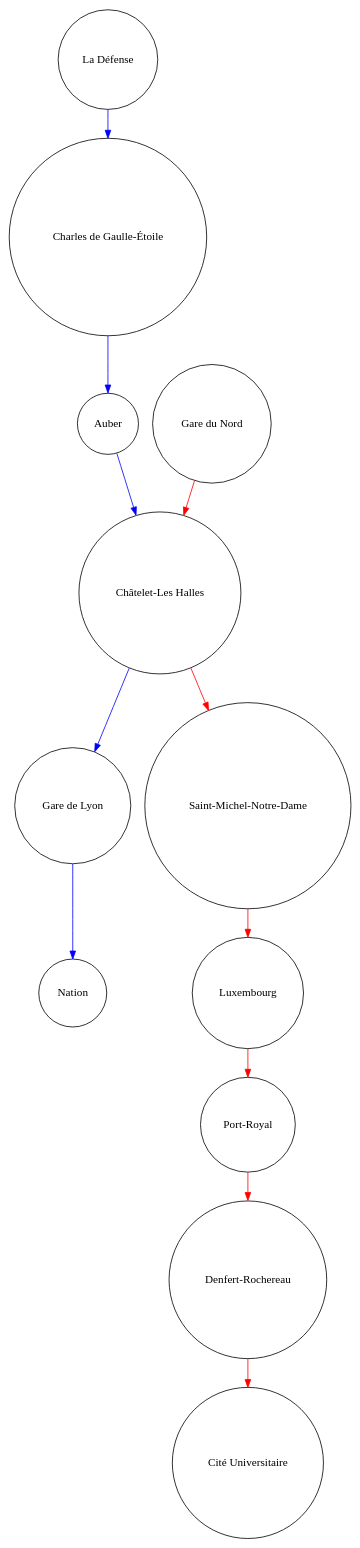
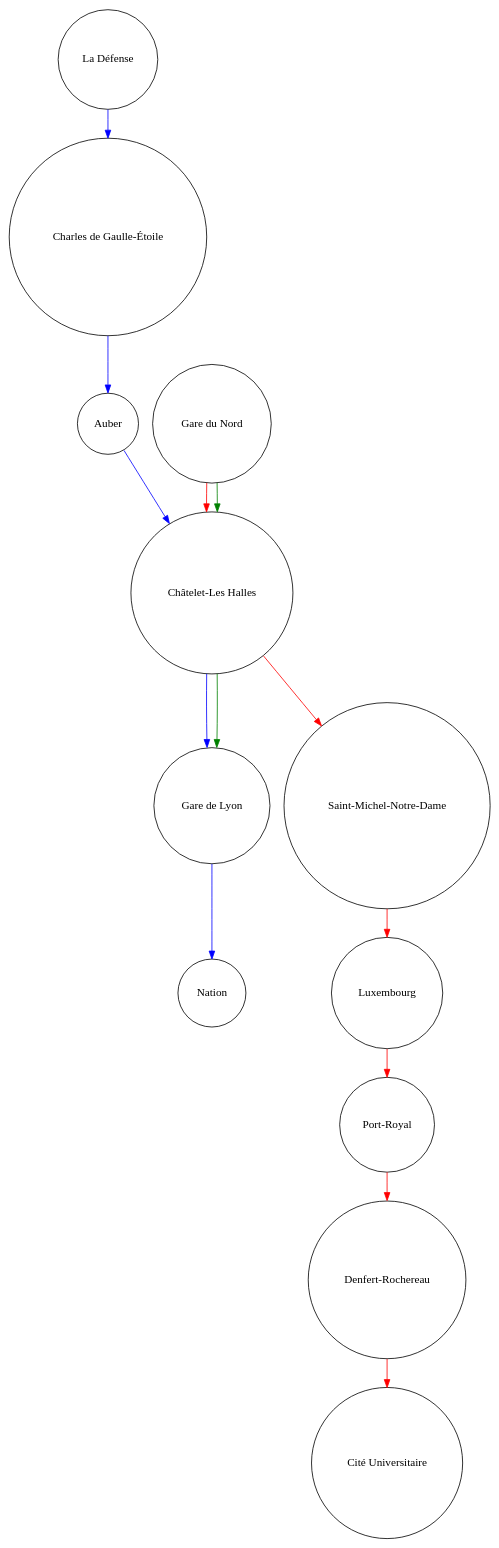
Before and after one commit to lucasgardes/ProjetESi: the diagram in PHP/newtest.dot, drawn with Graphviz. The commit also changed 1 other file, not shown here.

Commit message:
Ajout de la rue des tourneurs et création des fonctions de parcours du graph

```diff
--- a/PHP/newtest.dot
+++ b/PHP/newtest.dot
@@ -1,38 +1,48 @@
 digraph {
     # Nodes
     node [shape=circle];
 
 # Stations Merlane
     "La Défense";
     "Charles de Gaulle-Étoile";
     "Auber";
     "Châtelet-Les Halles";
     "Gare de Lyon";
     "Nation";
 	
 # Stations Velane
 	"Gare du Nord";
 	"Châtelet-Les Halles";
 	"Saint-Michel-Notre-Dame";
 	"Luxembourg";
 	"Port-Royal";
 	"Denfert-Rochereau";
 	"Cité Universitaire";
 
+# Stations des Tourneurs
+	"Gare du Nord";
+	"Châtelet-Les Halles";
+    "Gare de Lyon";
+
 # Rue Merlane
     edge [color=blue];
     "La Défense" -> "Charles de Gaulle-Étoile";
     "Charles de Gaulle-Étoile" -> "Auber";
     "Auber" -> "Châtelet-Les Halles";
     "Châtelet-Les Halles" -> "Gare de Lyon";
     "Gare de Lyon" -> "Nation";
 
 #Rue Velane
     edge [color=red];
     "Gare du Nord" -> "Châtelet-Les Halles";
     "Châtelet-Les Halles" -> "Saint-Michel-Notre-Dame";
     "Saint-Michel-Notre-Dame" -> "Luxembourg";
     "Luxembourg" -> "Port-Royal";
     "Port-Royal" -> "Denfert-Rochereau";
     "Denfert-Rochereau" -> "Cité Universitaire";
+
+#Rue Tourneurs
+    edge [color=green];
+    "Gare du Nord" -> "Châtelet-Les Halles";
+    "Châtelet-Les Halles" -> "Gare de Lyon";
 }
```
